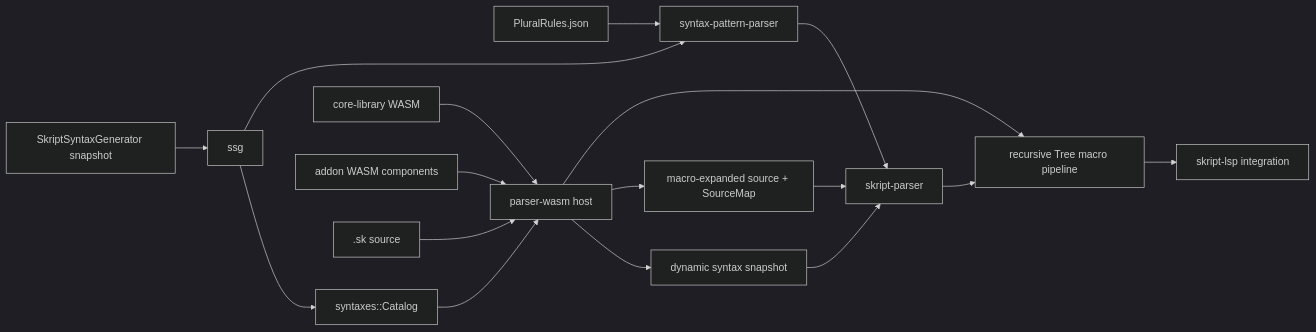
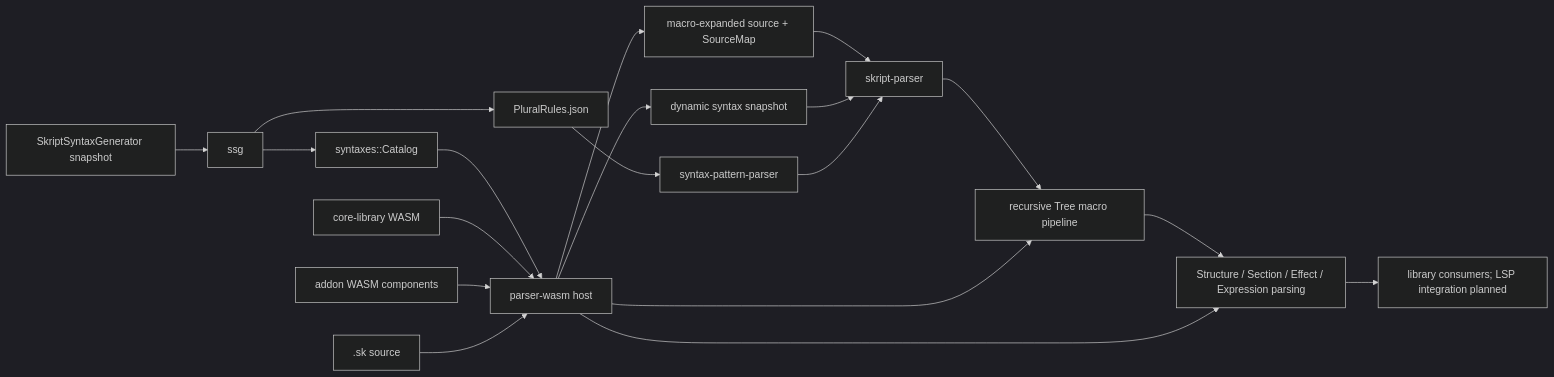
One commit to nlaocs/Skript-LSP changed the diagram in README.md. Above: the diagram before and after it, drawn with Mermaid (dark theme). The commit also changed other lines of this file and 22 other files, not shown here.

````diff
--- a/README.md
+++ b/README.md
@@ -26,19 +30,21 @@
 ```mermaid
 flowchart LR
     SSG["SkriptSyntaxGenerator snapshot"] --> Loader["ssg"]
     Loader --> Catalog["syntaxes::Catalog"]
-    Rules["PluralRules.json"] --> Patterns["syntax-pattern-parser"]
-    Loader --> Patterns
+    Loader --> Rules["PluralRules.json"]
+    Rules --> Patterns["syntax-pattern-parser"]
     Catalog --> Host["parser-wasm host"]
     Core["core-library WASM"] --> Host
     Addons["addon WASM components"] --> Host
     Host --> Dynamic["dynamic syntax snapshot"]
     Source[".sk source"] --> Host
     Host --> Expanded["macro-expanded source + SourceMap"]
     Expanded --> Parser["skript-parser"]
     Parser --> Tree["recursive Tree macro pipeline"]
     Host --> Tree
-    Tree --> LSP["skript-lsp integration"]
+    Tree --> Syntax["Structure / Section / Effect / Expression parsing"]
+    Host --> Syntax
+    Syntax --> Consumers["library consumers; LSP integration planned"]
     Dynamic --> Parser
     Patterns --> Parser
 ```
````
